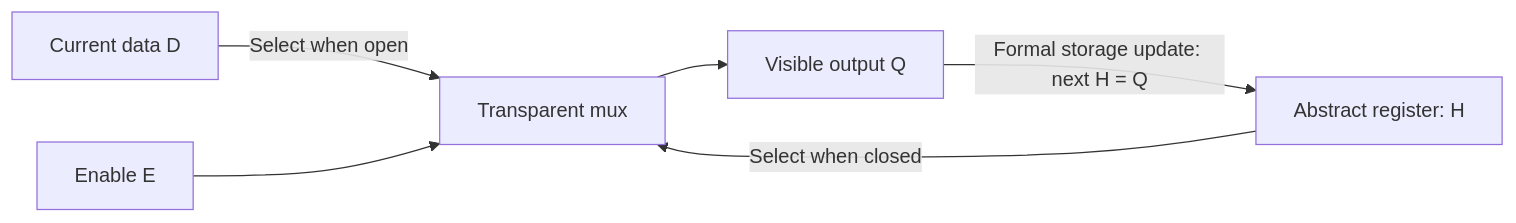
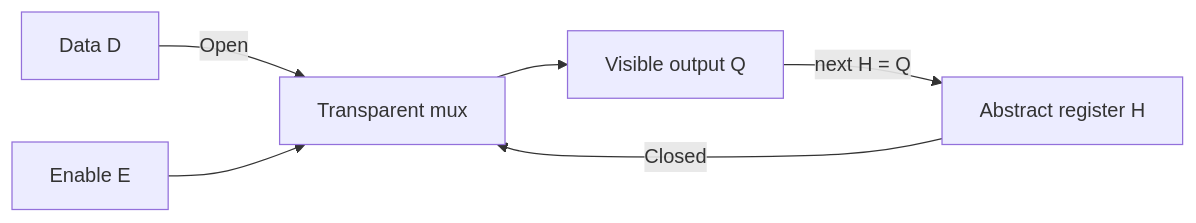
One commit to keplertech/kepler-formal changed the first of 2 diagrams in docs/sec-latch-implementation.md. Above: the diagram before and after it, drawn with Mermaid. The commit also changed other lines of this file and 4 other files, not shown here.

````diff
--- a/docs/sec-latch-implementation.md
+++ b/docs/sec-latch-implementation.md
@@ -274,8 +35,8 @@
 ```mermaid
 flowchart LR
-    D[Current data D] -->|Select when open| M[Transparent mux]
+    D[Data D] -->|Open| M[Transparent mux]
     E[Enable E] --> M
-    H[Abstract register: H] -->|Select when closed| M
+    H[Abstract register H] -->|Closed| M
     M --> Q[Visible output Q]
-    Q -->|Formal storage update: next H = Q| H
+    Q -->|next H = Q| H
 ```
````
